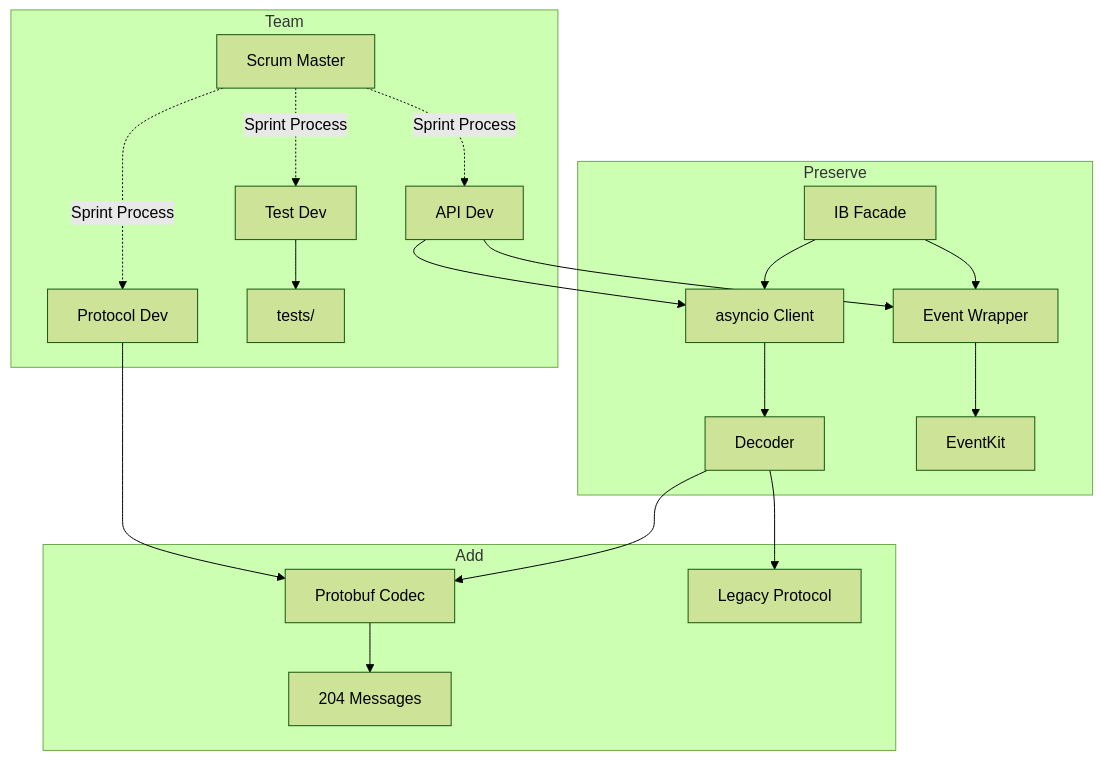
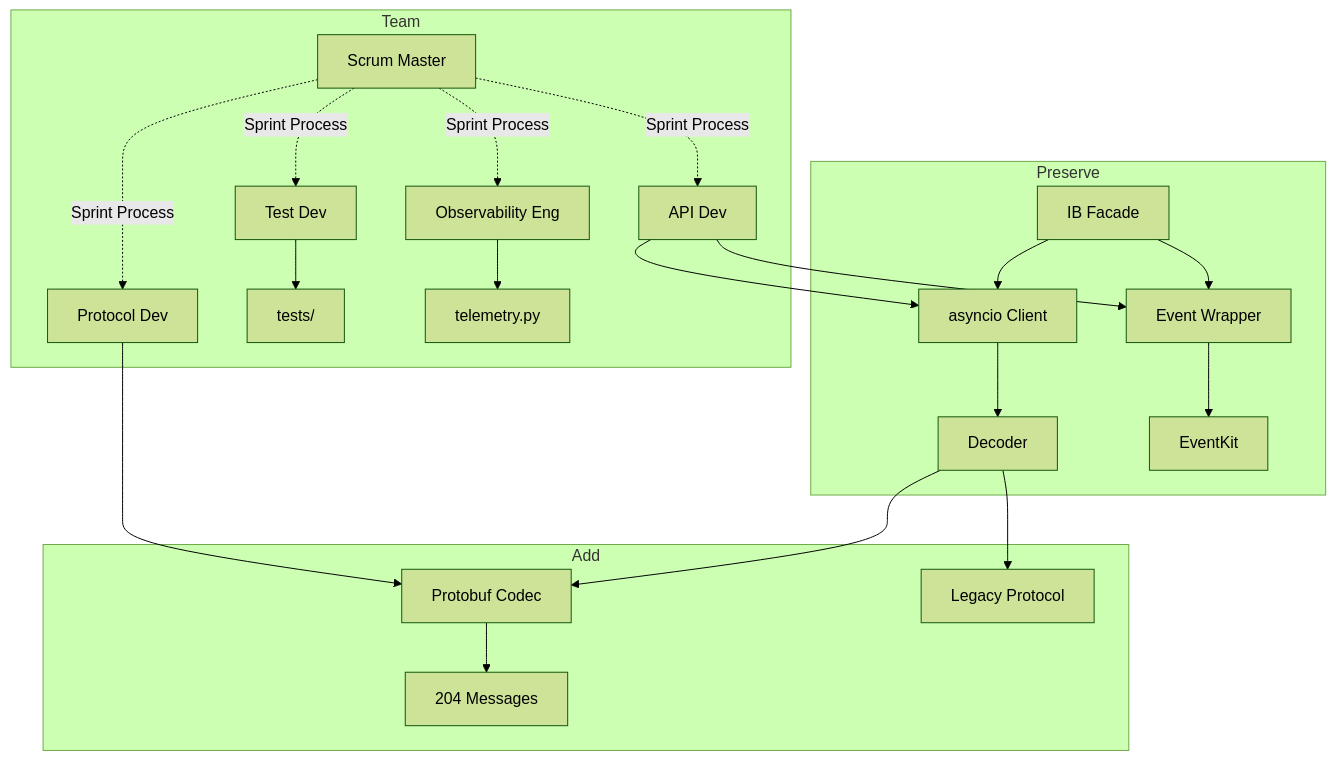
The diagram in .cursor/agents/chief-quant-architect.md (jxtngx/ib-interface), drawn with Mermaid (forest theme) before and after one commit. The commit also changed other lines of this file and 4 other files, not shown here.

````diff
--- a/.cursor/agents/chief-quant-architect.md
+++ b/.cursor/agents/chief-quant-architect.md
@@ -17,25 +17,27 @@
 ```mermaid
 graph TD
     subgraph "Preserve"
         IB[IB Facade] --> Client[asyncio Client]
         IB --> Wrapper[Event Wrapper]
         Client --> Decoder[Decoder]
         Wrapper --> EventKit[EventKit]
     end
     
     subgraph "Add"
         Decoder --> Proto[Protobuf Codec]
         Proto --> Msgs[204 Messages]
         Decoder --> Legacy[Legacy Protocol]
     end
     
     subgraph "Team"
         SM[Scrum Master] -.Sprint Process.-> P
         SM -.Sprint Process.-> A
         SM -.Sprint Process.-> T
+        SM -.Sprint Process.-> O
         P[Protocol Dev] --> Proto
         A[API Dev] --> Client
         A --> Wrapper
         T[Test Dev] --> Tests[tests/]
+        O[Observability Eng] --> Telemetry[telemetry.py]
     end
 ```
````
